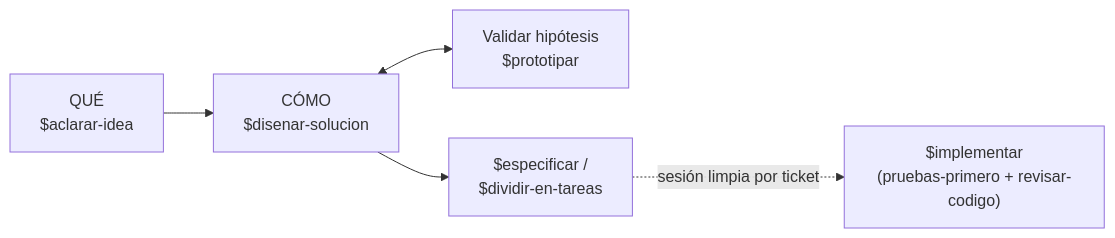
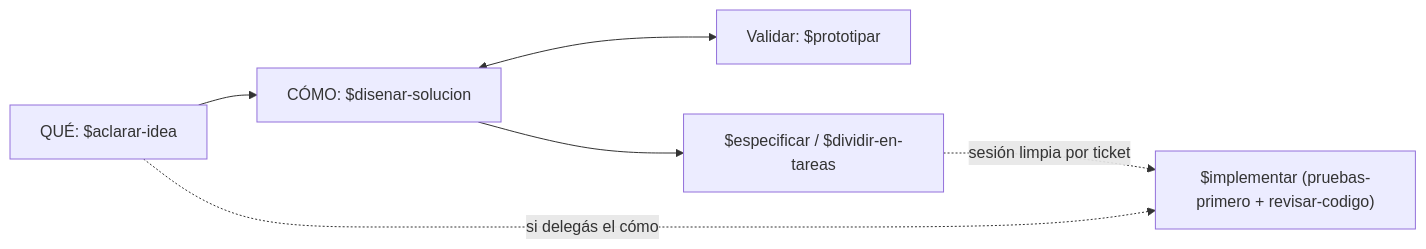
The diagram in README.md (nahuel1506/mis-skills), drawn with Mermaid before and after one commit. The commit also changed other lines of this file, not shown here.

Commit message:
Agrega flujo de solo definir el que y delegar el como en README

````diff
--- a/README.md
+++ b/README.md
@@ -59,7 +59,8 @@
 ```mermaid
 flowchart LR
-    A["QUÉ<br/>$aclarar-idea"] --> B["CÓMO<br/>$disenar-solucion"]
-    B <--> P["Validar hipótesis<br/>$prototipar"]
-    B --> C["$especificar /<br/>$dividir-en-tareas"]
-    C -. "sesión limpia por ticket" .-> D["$implementar<br/>(pruebas-primero + revisar-codigo)"]
+    A["QUÉ: $aclarar-idea"] --> B["CÓMO: $disenar-solucion"]
+    A -. "si delegás el cómo" .-> D["$implementar (pruebas-primero + revisar-codigo)"]
+    B <--> P["Validar: $prototipar"]
+    B --> C["$especificar / $dividir-en-tareas"]
+    C -. "sesión limpia por ticket" .-> D
 ```
````
